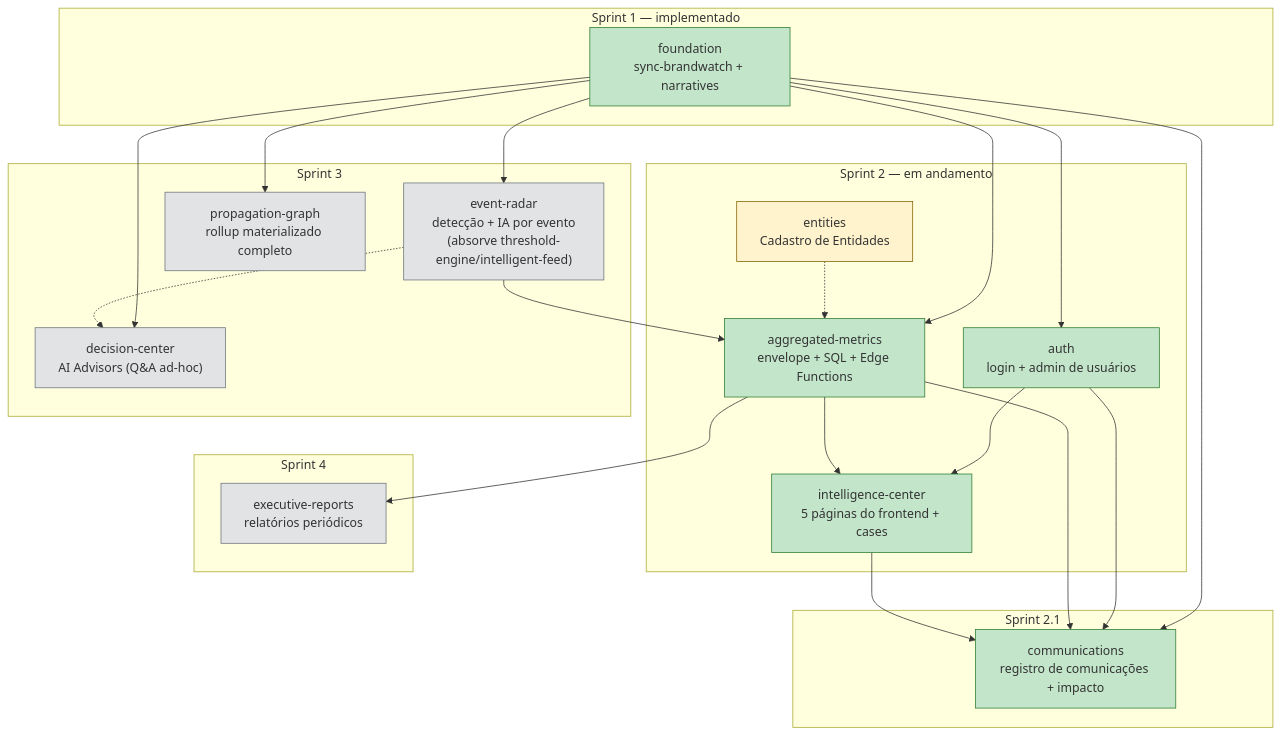
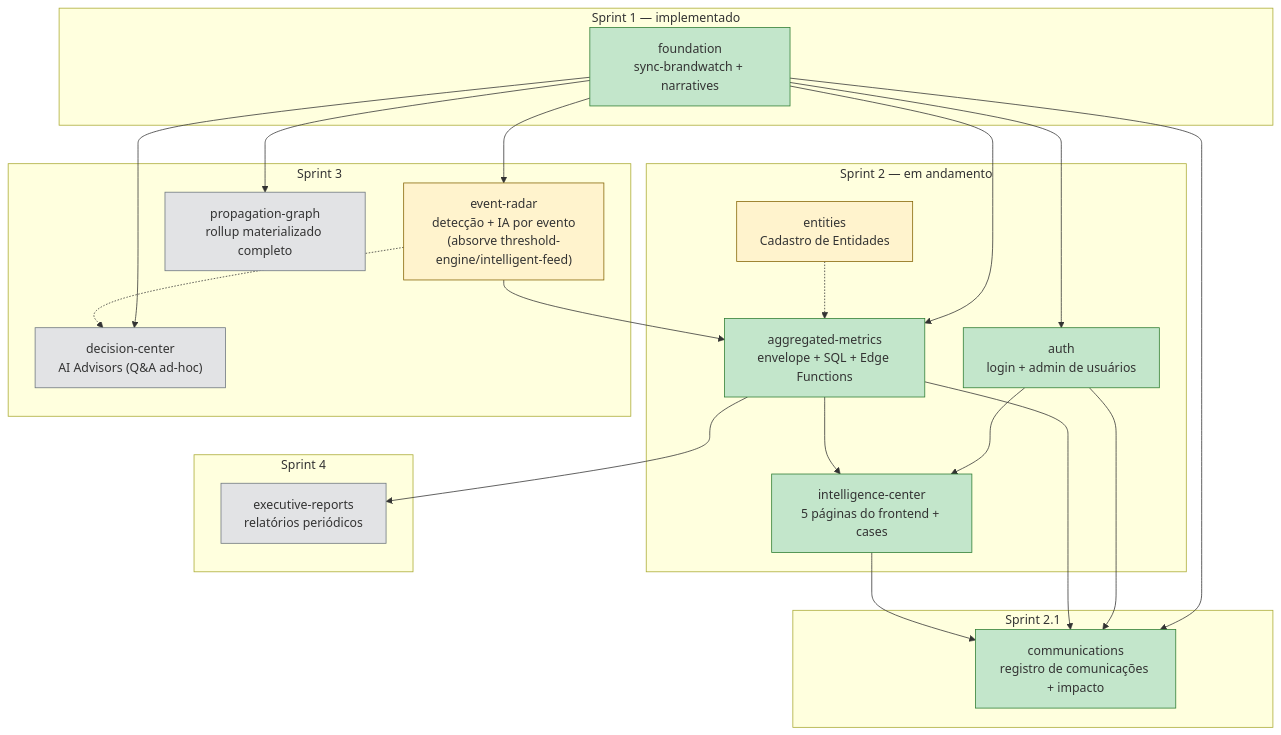
The diagram in .dev/specs/_architecture.md (reputationcustom/dev-reputation), drawn with Mermaid before and after one commit. The commit also changed other lines of this file and 26 other files, not shown here.

````diff
--- a/.dev/specs/_architecture.md
+++ b/.dev/specs/_architecture.md
@@ -20,58 +20,58 @@
 ```mermaid
 graph TD
     subgraph SPRINT1["Sprint 1 — implementado"]
         FOUNDATION["foundation<br/>sync-brandwatch + narratives"]
     end
 
     subgraph SPRINT2["Sprint 2 — em andamento"]
         AUTH["auth<br/>login + admin de usuários"]
         AGGMETRICS["aggregated-metrics<br/>envelope + SQL + Edge Functions"]
         INTEL["intelligence-center<br/>5 páginas do frontend + cases"]
         ENTITIES["entities<br/>Cadastro de Entidades"]
     end
 
     subgraph SPRINT2_1["Sprint 2.1"]
         COMMUNICATIONS["communications<br/>registro de comunicações + impacto"]
     end
 
     subgraph SPRINT3["Sprint 3"]
         EVENTRADAR["event-radar<br/>detecção + IA por evento<br/>(absorve threshold-engine/intelligent-feed)"]
         PROPGRAPH["propagation-graph<br/>rollup materializado completo"]
         DECISIONCENTER["decision-center<br/>AI Advisors (Q&A ad-hoc)"]
     end
 
     subgraph SPRINT4["Sprint 4"]
         REPORTS["executive-reports<br/>relatórios periódicos"]
     end
 
     FOUNDATION --> AUTH
     FOUNDATION --> AGGMETRICS
     FOUNDATION --> EVENTRADAR
     FOUNDATION --> PROPGRAPH
     FOUNDATION --> DECISIONCENTER
 
     AUTH --> INTEL
     AGGMETRICS --> INTEL
     ENTITIES -.-> AGGMETRICS
 
     FOUNDATION --> COMMUNICATIONS
     AUTH --> COMMUNICATIONS
     AGGMETRICS --> COMMUNICATIONS
     INTEL --> COMMUNICATIONS
 
     EVENTRADAR --> AGGMETRICS
     EVENTRADAR -.-> DECISIONCENTER
 
     AGGMETRICS --> REPORTS
 
     style FOUNDATION fill:#c3e6cb,stroke:#2e7d32
     style AUTH fill:#c3e6cb,stroke:#2e7d32
     style AGGMETRICS fill:#c3e6cb,stroke:#2e7d32
     style INTEL fill:#c3e6cb,stroke:#2e7d32
     style ENTITIES fill:#fff3cd,stroke:#856404
     style COMMUNICATIONS fill:#c3e6cb,stroke:#2e7d32
-    style EVENTRADAR fill:#e2e3e5,stroke:#6c757d
+    style EVENTRADAR fill:#fff3cd,stroke:#856404
     style PROPGRAPH fill:#e2e3e5,stroke:#6c757d
     style DECISIONCENTER fill:#e2e3e5,stroke:#6c757d
     style REPORTS fill:#e2e3e5,stroke:#6c757d
 ```
````
